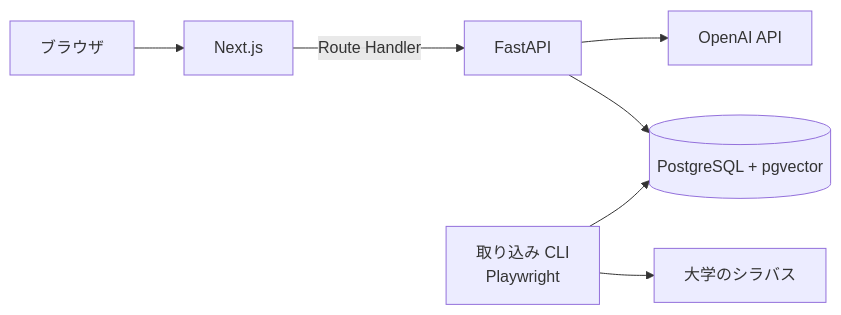
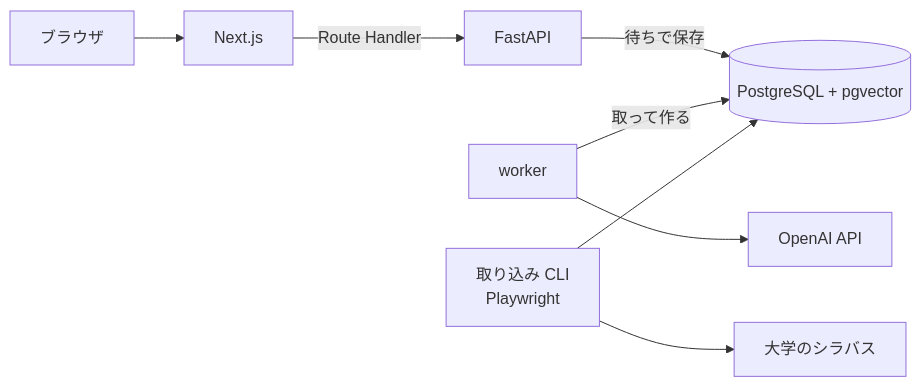
Before and after one commit to h11roki/Shirube: the diagram in README.md, drawn with Mermaid. The commit also changed other lines of this file and 2 other files, not shown here.

Commit message:
docs: 道標の受け付けと worker を README、CLAUDE.md、データモデルに書く
README の構成図に worker を足し、API は待ちで受け付けて worker が作ることと、worker にも OPENAI_API_KEY が要ることを書く。CLAUDE.md には worker のコマンド、POST の 202 と GET の状態、plan create がその場で作ること、ユースケースと合成ルートの一覧を書く。ADR 0028 の待ち時間の取り決めは生成が HTTP の外に出て要らなくなったので消す。データモデルの Plan と plans 表を状態つきの形に直す。

````diff
--- a/README.md
+++ b/README.md
@@ -16,9 +16,10 @@
 ```mermaid
 flowchart LR
   U[ブラウザ] --> F[Next.js]
   F -->|Route Handler| B[FastAPI]
-  B --> P[(PostgreSQL + pgvector)]
-  B --> O[OpenAI API]
+  B -->|待ちで保存| P[(PostgreSQL + pgvector)]
+  W[worker] -->|取って作る| P
+  W --> O[OpenAI API]
   C[取り込み CLI<br/>Playwright] --> S[大学のシラバス]
   C --> P
 ```
````
